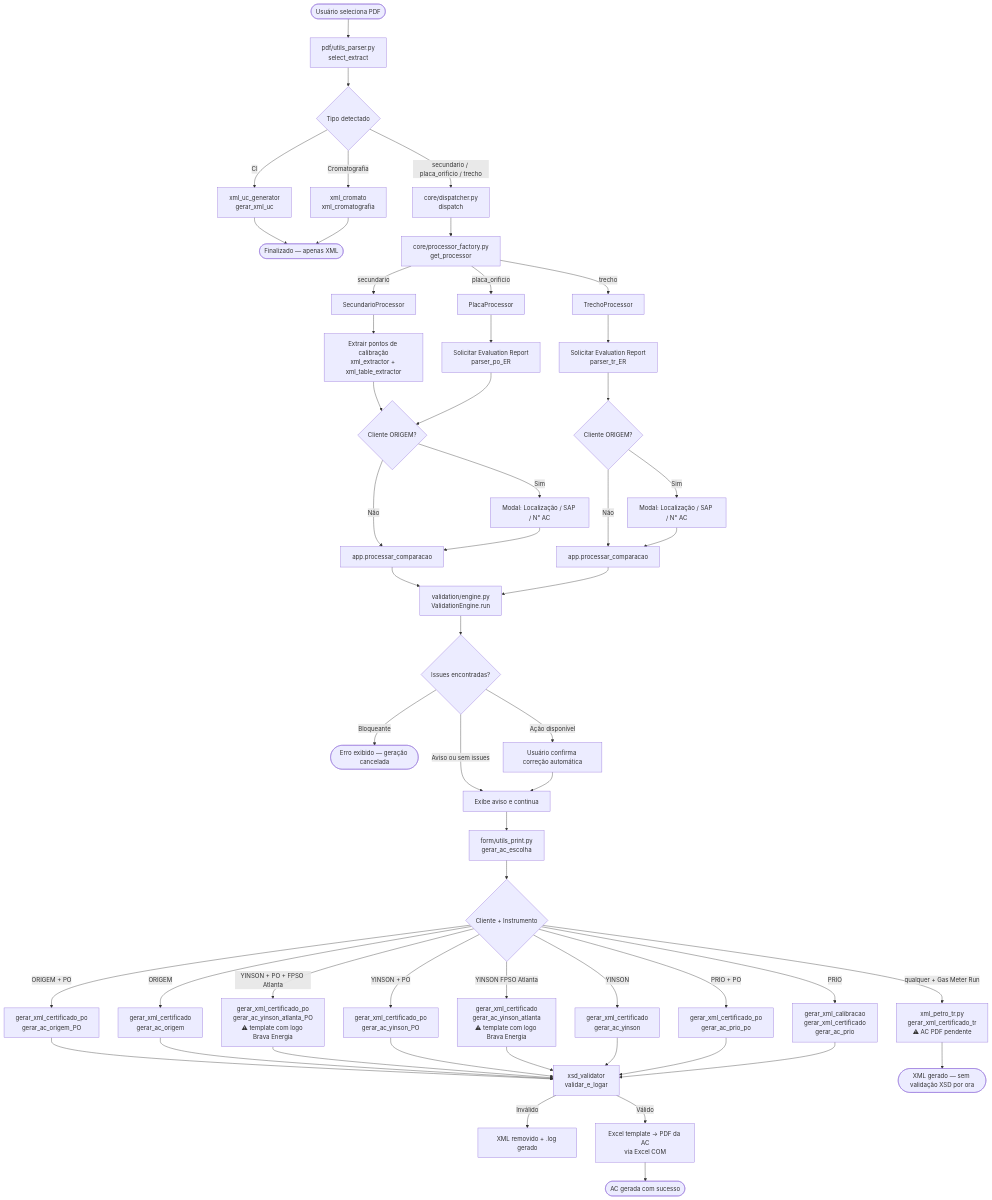
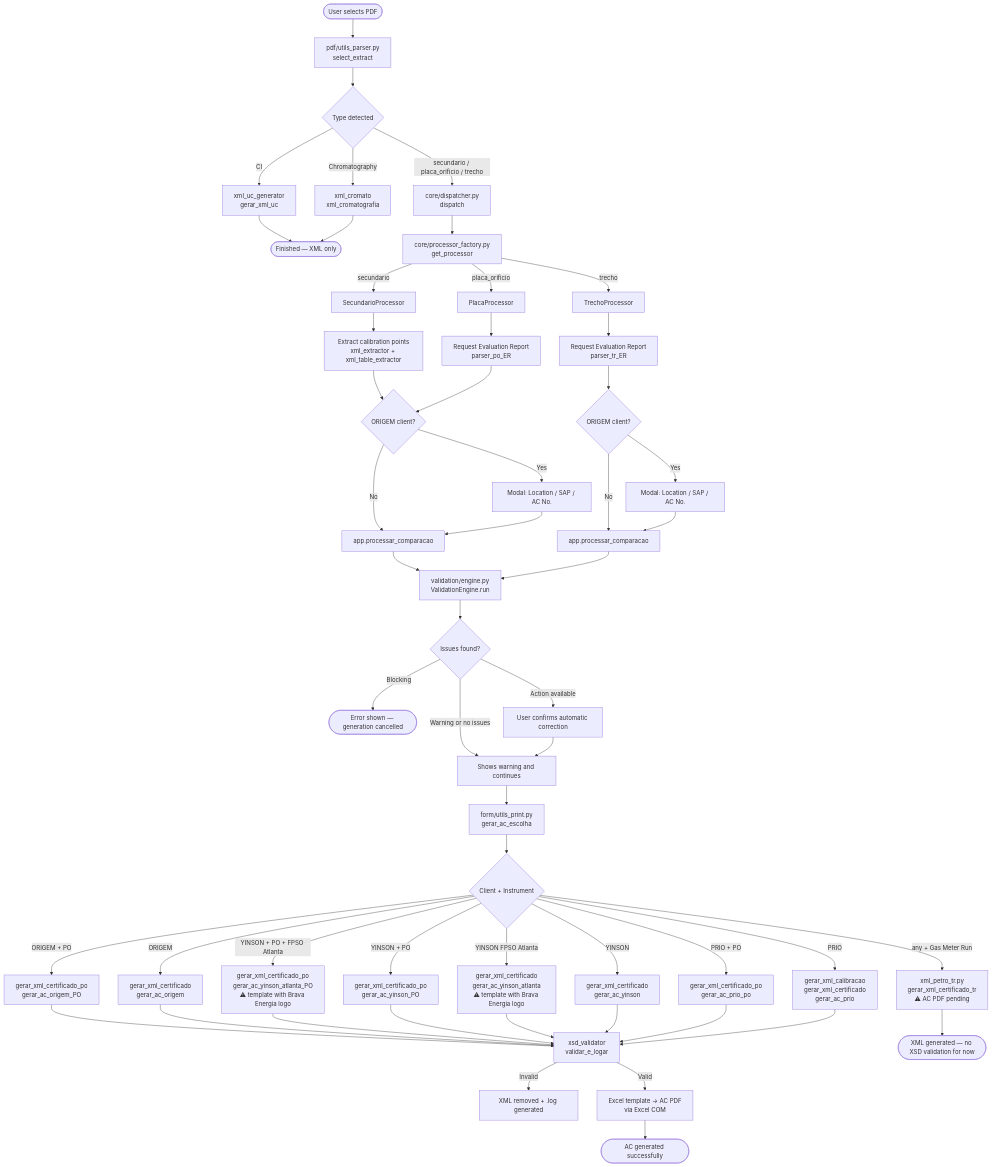
Before and after one commit to 1998-sys/AC-s_app: the first of 5 diagrams in docs/DOCUMENTACAO.md, drawn with Mermaid. The commit also changed other lines of this file and 68 other files, not shown here.

````diff
--- a/docs/DOCUMENTACAO.md
+++ b/docs/DOCUMENTACAO.md
@@ -89,73 +89,73 @@
 ```mermaid
 flowchart TD
-    A([Usuário seleciona PDF]) --> B[pdf/utils_parser.py\nselect_extract]
-    B --> C{Tipo detectado}
+    A([User selects PDF]) --> B[pdf/utils_parser.py\nselect_extract]
+    B --> C{Type detected}
 
     C -->|CI| D[xml_uc_generator\ngerar_xml_uc]
-    C -->|Cromatografia| E[xml_cromato\nxml_cromatografia]
+    C -->|Chromatography| E[xml_cromato\nxml_cromatografia]
     C -->|secundario / placa_orificio / trecho| F[core/dispatcher.py\ndispatch]
 
-    D --> Z([Finalizado — apenas XML])
+    D --> Z([Finished — XML only])
     E --> Z
 
     F --> G[core/processor_factory.py\nget_processor]
 
     G -->|secundario| H[SecundarioProcessor]
     G -->|placa_orificio| I[PlacaProcessor]
     G -->|trecho| TR[TrechoProcessor]
 
-    H --> J[Extrair pontos de calibração\nxml_extractor + xml_table_extractor]
-    I --> K[Solicitar Evaluation Report\nparser_po_ER]
-    TR --> TRK[Solicitar Evaluation Report\nparser_tr_ER]
+    H --> J[Extract calibration points\nxml_extractor + xml_table_extractor]
+    I --> K[Request Evaluation Report\nparser_po_ER]
+    TR --> TRK[Request Evaluation Report\nparser_tr_ER]
 
-    J --> L{Cliente ORIGEM?}
+    J --> L{ORIGEM client?}
     K --> L
-    TRK --> TRL{Cliente ORIGEM?}
+    TRK --> TRL{ORIGEM client?}
 
-    L -->|Sim| M[Modal: Localização / SAP / N° AC]
-    L -->|Não| N[app.processar_comparacao]
+    L -->|Yes| M[Modal: Location / SAP / AC No.]
+    L -->|No| N[app.processar_comparacao]
     M --> N
 
-    TRL -->|Sim| TRM[Modal: Localização / SAP / N° AC]
-    TRL -->|Não| TRN[app.processar_comparacao]
+    TRL -->|Yes| TRM[Modal: Location / SAP / AC No.]
+    TRL -->|No| TRN[app.processar_comparacao]
     TRM --> TRN
 
     N --> O[validation/engine.py\nValidationEngine.run]
     TRN --> O
 
-    O --> P{Issues encontradas?}
+    O --> P{Issues found?}
 
-    P -->|Bloqueante| Q([Erro exibido — geração cancelada])
-    P -->|Ação disponível| R[Usuário confirma correção automática]
-    P -->|Aviso ou sem issues| S[Exibe aviso e continua]
+    P -->|Blocking| Q([Error shown — generation cancelled])
+    P -->|Action available| R[User confirms automatic correction]
+    P -->|Warning or no issues| S[Shows warning and continues]
     R --> S
     S --> T[form/utils_print.py\ngerar_ac_escolha]
 
-    T --> U{Cliente + Instrumento}
+    T --> U{Client + Instrument}
 
     U -->|ORIGEM + PO| V[gerar_xml_certificado_po\ngerar_ac_origem_PO]
     U -->|ORIGEM| W[gerar_xml_certificado\ngerar_ac_origem]
-    U -->|YINSON + PO + FPSO Atlanta| XAP[gerar_xml_certificado_po\ngerar_ac_yinson_atlanta_PO\n⚠ template com logo Brava Energia]
+    U -->|YINSON + PO + FPSO Atlanta| XAP[gerar_xml_certificado_po\ngerar_ac_yinson_atlanta_PO\n⚠ template with Brava Energia logo]
     U -->|YINSON + PO| XP[gerar_xml_certificado_po\ngerar_ac_yinson_PO]
-    U -->|YINSON FPSO Atlanta| X1[gerar_xml_certificado\ngerar_ac_yinson_atlanta\n⚠ template com logo Brava Energia]
+    U -->|YINSON FPSO Atlanta| X1[gerar_xml_certificado\ngerar_ac_yinson_atlanta\n⚠ template with Brava Energia logo]
     U -->|YINSON| X2[gerar_xml_certificado\ngerar_ac_yinson]
     U -->|PRIO + PO| Y[gerar_xml_certificado_po\ngerar_ac_prio_po]
-    U -->|qualquer + Gas Meter Run| TR2[xml_petro_tr.py\ngerar_xml_certificado_tr\n⚠ AC PDF pendente]
+    U -->|any + Gas Meter Run| TR2[xml_petro_tr.py\ngerar_xml_certificado_tr\n⚠ AC PDF pending]
     U -->|PRIO| Z2[gerar_xml_calibracao\ngerar_xml_certificado\ngerar_ac_prio]
 
     V --> VAL[xsd_validator\nvalidar_e_logar]
     W --> VAL
     XAP --> VAL
     XP --> VAL
     X1 --> VAL
     X2 --> VAL
     Y --> VAL
     Z2 --> VAL
 
-    TR2 --> TRFIM([XML gerado — sem validação XSD por ora])
+    TR2 --> TRFIM([XML generated — no XSD validation for now])
 
-    VAL -->|Inválido| ERR[XML removido + .log gerado]
-    VAL -->|Válido| PDF[Excel template → PDF da AC\nvia Excel COM]
+    VAL -->|Invalid| ERR[XML removed + .log generated]
+    VAL -->|Valid| PDF[Excel template → AC PDF\nvia Excel COM]
 
-    PDF --> FIM([AC gerada com sucesso])
+    PDF --> FIM([AC generated successfully])
 ```
````
